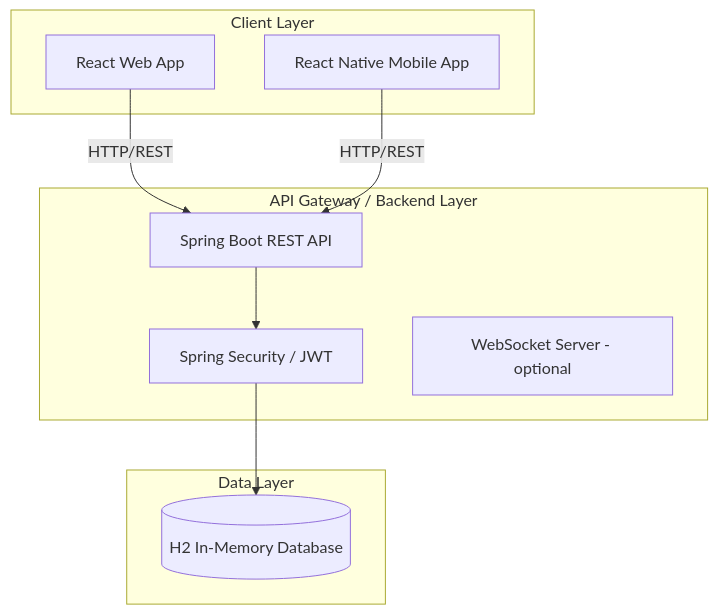
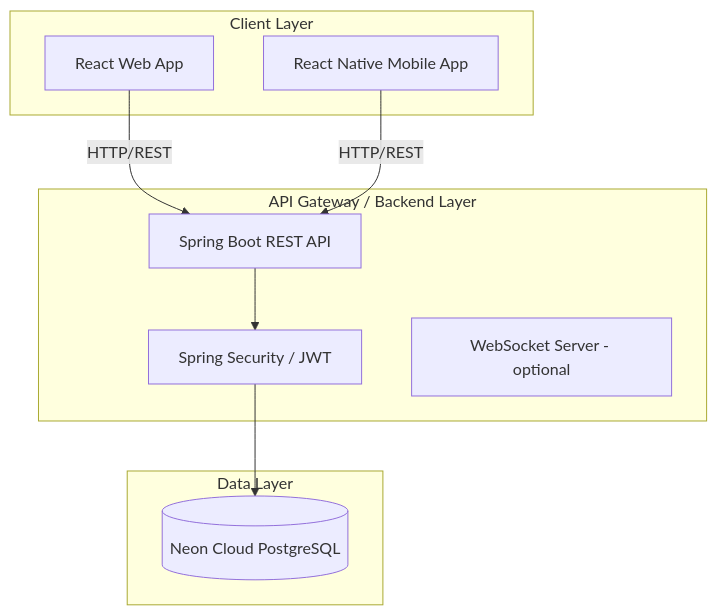
One commit to okaysuraj/Localite changed the diagram in docs/ARCHITECTURE.md. Above: the diagram before and after it, drawn with Mermaid. The commit also changed other lines of this file and 10 other files, not shown here.

````diff
--- a/docs/ARCHITECTURE.md
+++ b/docs/ARCHITECTURE.md
@@ -7,22 +7,22 @@
 ```mermaid
 graph TD
     subgraph Client Layer
         Web[React Web App]
         Mobile[React Native Mobile App]
     end
 
     subgraph API Gateway / Backend Layer
         API[Spring Boot REST API]
         Security[Spring Security / JWT]
         WebSockets[WebSocket Server - optional]
     end
 
     subgraph Data Layer
-        DB[(H2 In-Memory Database)]
+        DB[(Neon Cloud PostgreSQL)]
     end
 
     Web -->|HTTP/REST| API
     Mobile -->|HTTP/REST| API
     API --> Security
     Security --> DB
 ```
````
